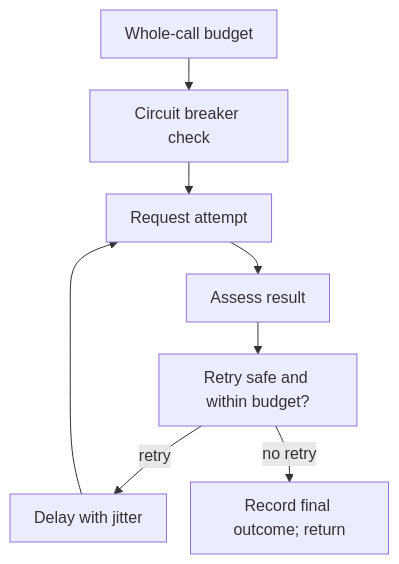
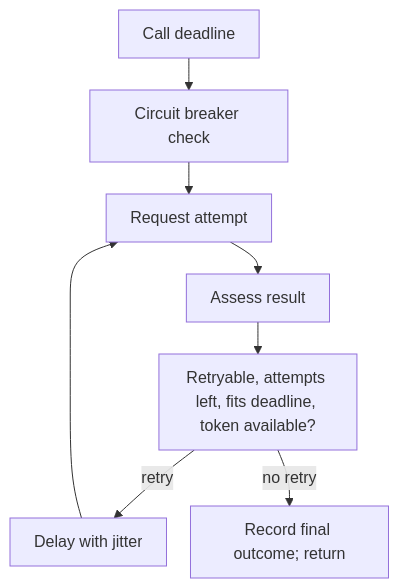
The diagram in docs/blog/posts/2026-09-13-production-http-grpc-clients.md (bedrock-python/bedrock-python.github.io), drawn with Mermaid before and after one commit. The commit also changed other lines of this file and 345 other files, not shown here.

````diff
--- a/docs/blog/posts/2026-09-13-production-http-grpc-clients.md
+++ b/docs/blog/posts/2026-09-13-production-http-grpc-clients.md
@@ -218,26 +194,26 @@
 ```mermaid
 ---
 config:
   theme: default
   look: classic
   flowchart:
     useMaxWidth: false
     wrappingWidth: 150
     padding: 12
     nodeSpacing: 24
     rankSpacing: 32
 ---
 flowchart TD
     accTitle: One HTTP call, several possible attempts
-    accDescr: The HTTP breaker checks once before retries and records their final outcome. All attempts share the call deadline.
-    A["Whole-call budget"]
+    accDescr: The breaker is checked once per call and records the final outcome. Every attempt shares the call deadline and needs a retry token.
+    A["Call deadline"]
     B["Circuit breaker check"]
     C["Request attempt"]
     D["Assess result"]
-    E["Retry safe and within budget?"]
+    E["Retryable, attempts left, fits deadline, token available?"]
     F["Delay with jitter"]
     G["Record final outcome; return"]
     A --> B --> C --> D --> E
     E -->|"retry"| F --> C
     E -->|"no retry"| G
 ```
````
